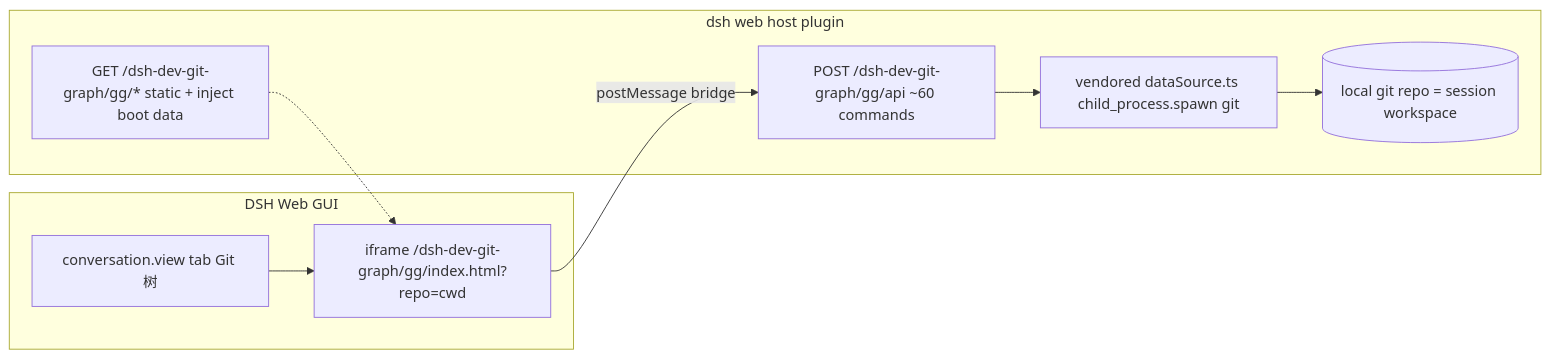
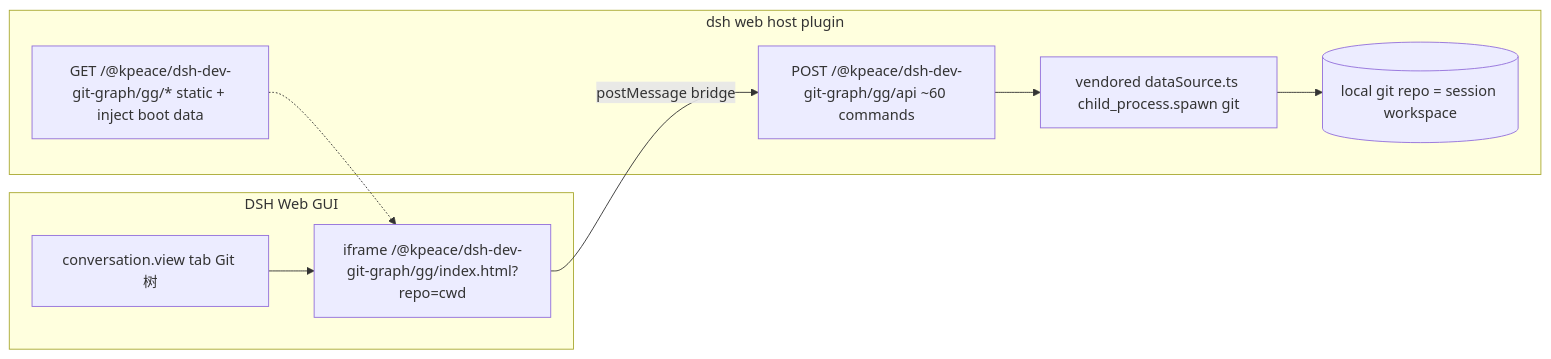
Before and after one commit to kp-z/dsh-plugins: the diagram in packages/dsh-dev-git-graph/README.md, drawn with Mermaid. The commit also changed other lines of this file and 5 other files, not shown here.

````diff
--- a/packages/dsh-dev-git-graph/README.md
+++ b/packages/dsh-dev-git-graph/README.md
@@ -35,11 +35,11 @@
 ```mermaid
 flowchart LR
   subgraph GUI["DSH Web GUI"]
-    TAB["conversation.view tab Git 树"] --> IFRAME["iframe /dsh-dev-git-graph/gg/index.html?repo=cwd"]
+    TAB["conversation.view tab Git 树"] --> IFRAME["iframe /@kpeace/dsh-dev-git-graph/gg/index.html?repo=cwd"]
   end
   subgraph HOST["dsh web host plugin"]
-    R1["GET /dsh-dev-git-graph/gg/* static + inject boot data"] -.-> IFRAME
-    IFRAME -->|postMessage bridge| R2["POST /dsh-dev-git-graph/gg/api ~60 commands"]
+    R1["GET /@kpeace/dsh-dev-git-graph/gg/* static + inject boot data"] -.-> IFRAME
+    IFRAME -->|postMessage bridge| R2["POST /@kpeace/dsh-dev-git-graph/gg/api ~60 commands"]
     R2 --> DS["vendored dataSource.ts child_process.spawn git"] --> REPO[("local git repo = session workspace")]
   end
 ```
````
